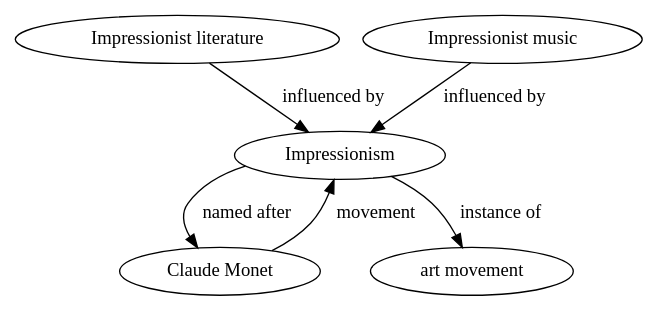
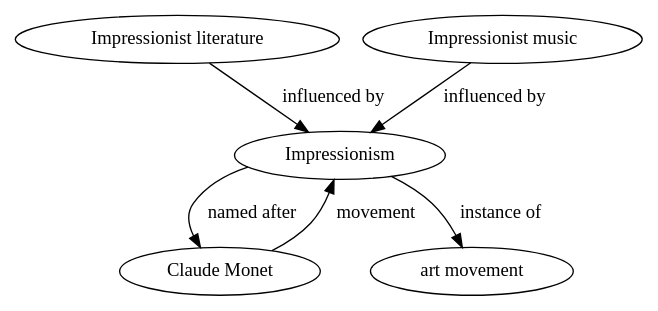
Before and after one commit to N-Shimoda/KG-MCQA: the diagram in param-search/graphs/rebel/sent/4/Impressionism.dot, drawn with Graphviz. The commit also changed other lines of this file and 67 other files, not shown here.

```diff
--- a/param-search/graphs/rebel/sent/4/Impressionism.dot
+++ b/param-search/graphs/rebel/sent/4/Impressionism.dot
@@ -1,15 +1,15 @@
 digraph RDFGraph {
 	// Nodes
 	"Impressionist literature";
+	"Claude Monet";
+	"Impressionist music";
 	"Impressionism";
-	"Impressionist music";
-	"Claude Monet";
 	"art movement";
 
 	// Edges
+	"Impressionism" -> "Claude Monet" [label="named after"];
+	"Impressionism" -> "art movement" [label="instance of"];
 	"Claude Monet" -> "Impressionism" [label="movement"];
-	"Impressionism" -> "art movement" [label="instance of"];
-	"Impressionism" -> "Claude Monet" [label="named after"];
 	"Impressionist music" -> "Impressionism" [label="influenced by"];
 	"Impressionist literature" -> "Impressionism" [label="influenced by"];
 }
```
